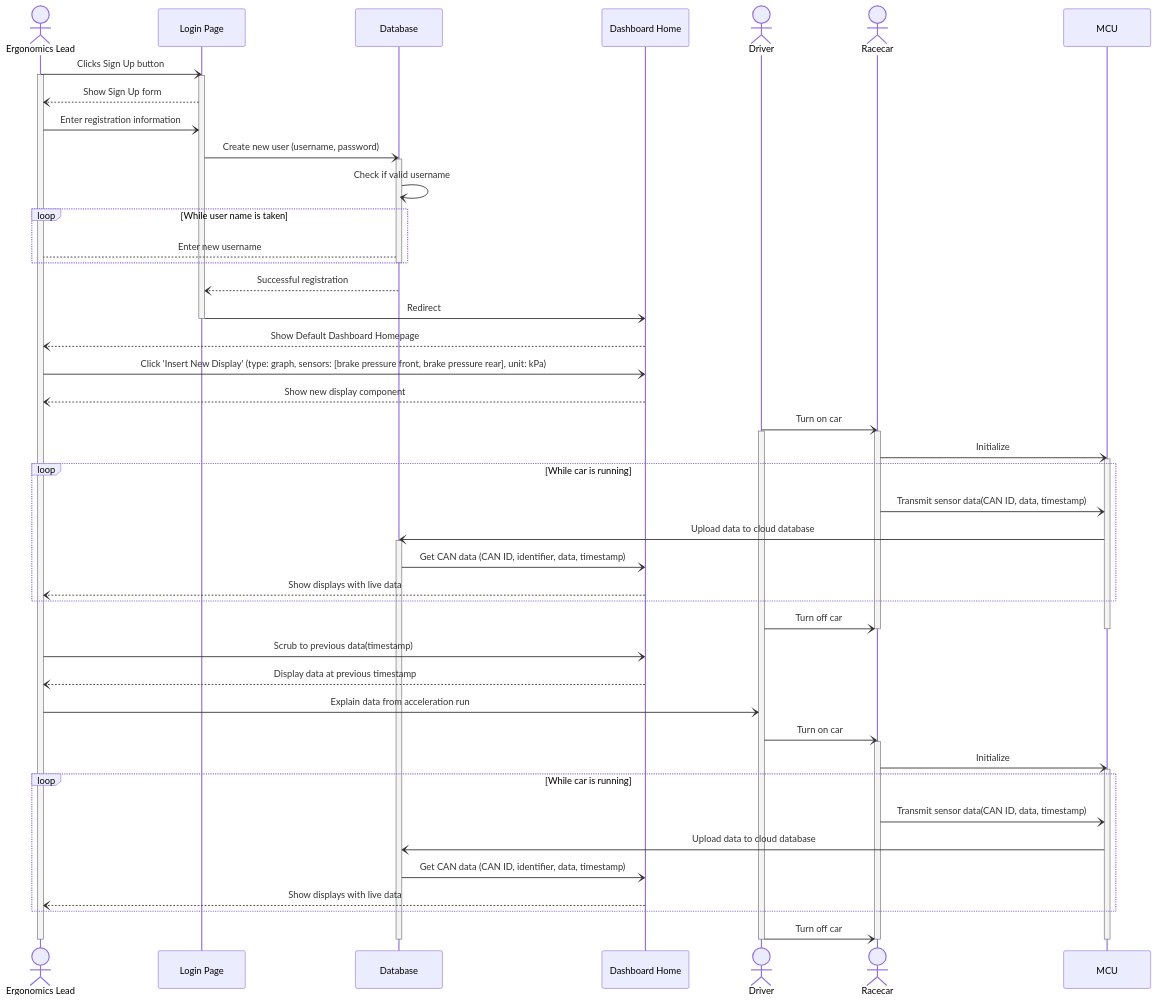
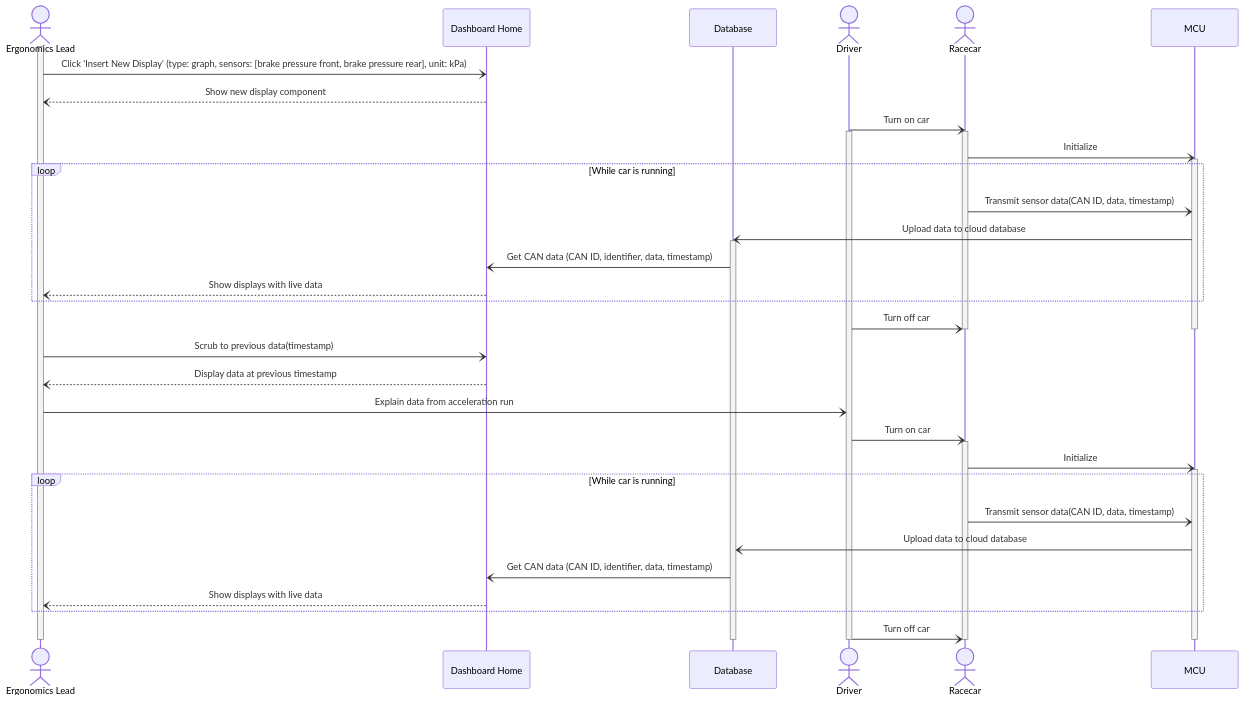
One commit to capstone-projects-2024-fall/project-racecar-telemetry changed the fifth of 7 diagrams in documentation/docs/system-architecture/Sequence Diagrams.md. Above: the diagram before and after it, drawn with Mermaid. The commit also changed 7 other files, not shown here.

````diff
--- a/documentation/docs/system-architecture/Sequence Diagrams.md
+++ b/documentation/docs/system-architecture/Sequence Diagrams.md
@@ -145,39 +145,15 @@
 ```mermaid
 sequenceDiagram
 actor e as Ergonomics Lead
-participant l as Login Page
+participant dash as Dashboard Home
 participant d as Database
-participant dash as Dashboard Home
+
 actor dr as Driver
 actor c as Racecar
 participant esp as MCU
 
 
-e -) l: Clicks Sign Up button
 activate e
-activate l
-
-l --) e: Show Sign Up form
-
-e -) l: Enter registration information
-
-
-l -) d: Create new user (username, password)
-activate d
-
-d -) d: Check if valid username
-    loop While user name is taken
-        d-->e: Enter new username
-    end
-deactivate d
-
-d --) l: Successful registration
-
-l -) dash: Redirect
-deactivate l
-
-dash --) e: Show Default Dashboard Homepage
-
 e -) dash: Click 'Insert New Display' (type: graph, sensors: [brake pressure front, brake pressure rear], unit: kPa)
 dash --) e: Show new display component
 
````
